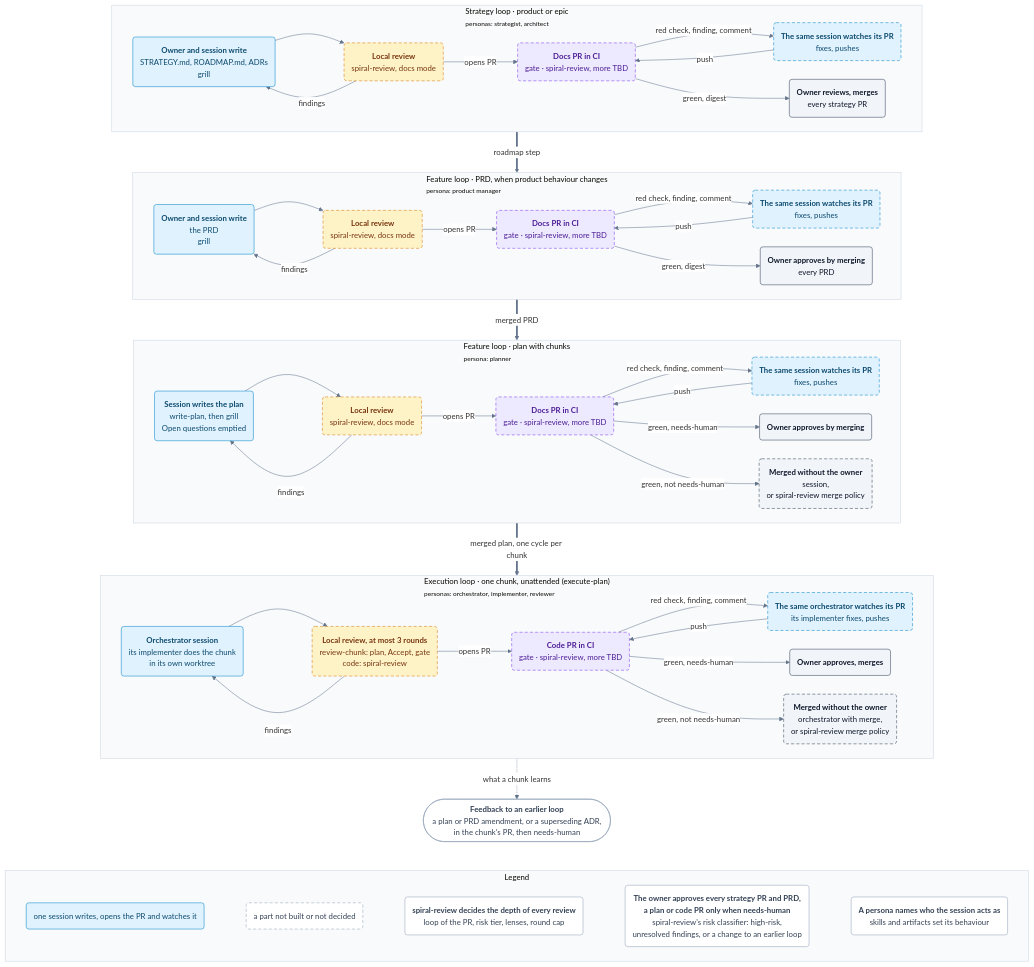
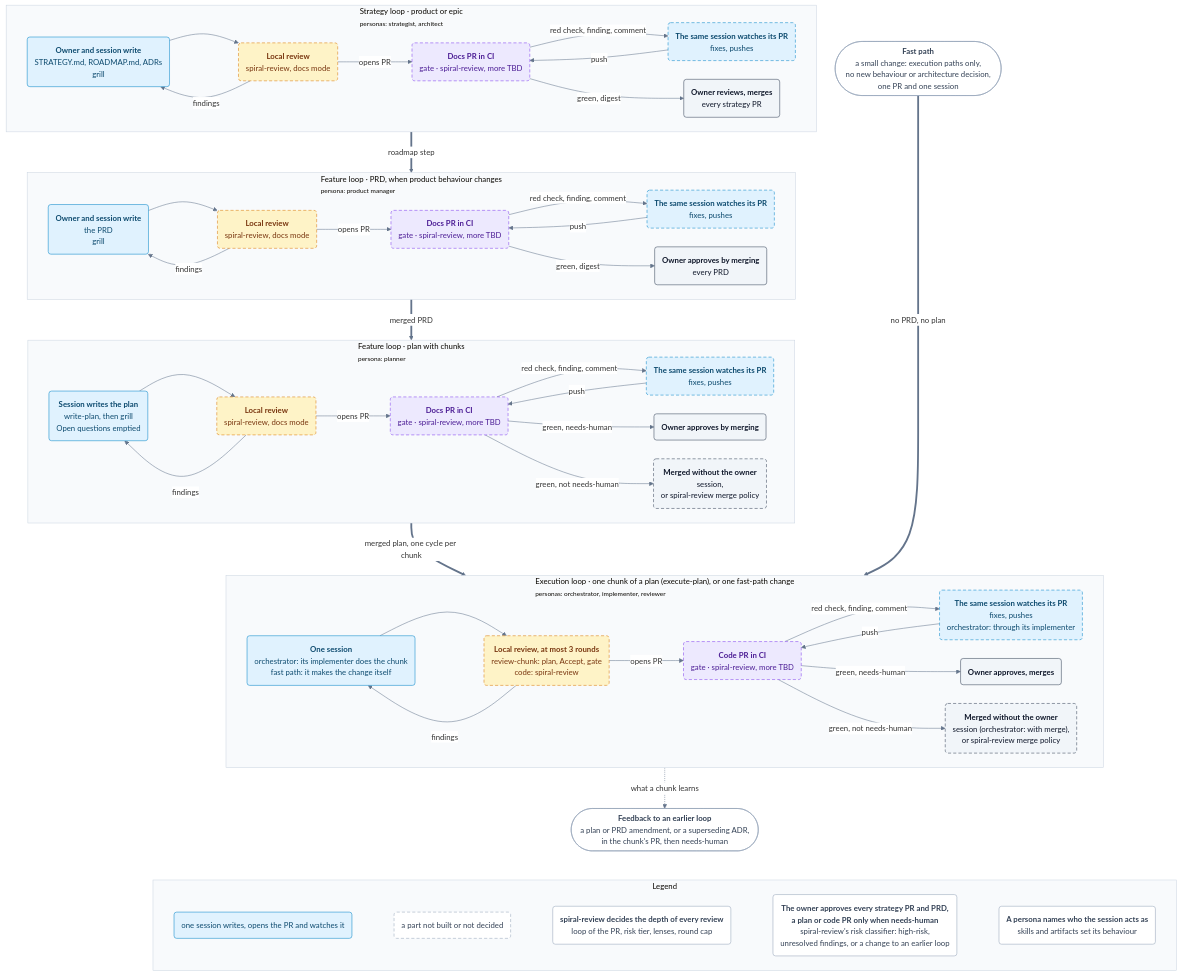
The diagram in docs/models/development_process.mmd (lucadallavalle/agentfiles), drawn with Mermaid before and after one commit. The commit also changed 5 other files, not shown here.

First line of the commit message:
docs: add the fast path

```diff
--- a/docs/models/development_process.mmd
+++ b/docs/models/development_process.mmd
@@ -1,119 +1,121 @@
 ---
 config:
   layout: dagre
   theme: base
   fontFamily: "Helvetica, Arial, sans-serif"
   themeVariables:
     fontFamily: "Helvetica, Arial, sans-serif"
     fontSize: 15px
     lineColor: "#64748b"
     textColor: "#0f172a"
     clusterBkg: "#f8fafc"
     clusterBorder: "#cbd5e1"
     edgeLabelBackground: "#ffffff"
   flowchart:
     curve: basis
     nodeSpacing: 36
     rankSpacing: 56
     wrappingWidth: 420
     padding: 14
   themeCSS: ".cluster-label { font-weight: 600; } .cluster-label small { font-weight: 400; } .edgeLabel { font-size: 13px; color: #475569; }"
 ---
 %% Proposed model of docs/documentation/development_process.md: every PR of every loop runs the same cycle.
 %% Render: pnpm dlx @mermaid-js/mermaid-cli@11 -i docs/models/development_process.mmd -o docs/models/development_process.png -b white -s 2
 flowchart TB
     subgraph S["Strategy loop · product or epic<br/><small>personas: strategist, architect</small>"]
         direction LR
         SW("<b>Owner and session write</b><br/>STRATEGY.md, ROADMAP.md, ADRs<br/>grill")
         SL("<b>Local review</b><br/>spiral-review, docs mode")
         SC("<b>Docs PR in CI</b><br/>gate · spiral-review, more TBD")
         SB("<b>The same session watches its PR</b><br/>fixes, pushes")
         SM("<b>Owner reviews, merges</b><br/>every strategy PR")
         SW --> SL
         SL -- findings --> SW
         SL -- opens PR --> SC
         SC -- "red check, finding, comment" --> SB
         SB -- push --> SC
         SC -- "green, digest" --> SM
     end
 
     subgraph P["Feature loop · PRD, when product behaviour changes<br/><small>persona: product manager</small>"]
         direction LR
         PW("<b>Owner and session write</b><br/>the PRD<br/>grill")
         PL("<b>Local review</b><br/>spiral-review, docs mode")
         PC("<b>Docs PR in CI</b><br/>gate · spiral-review, more TBD")
         PB("<b>The same session watches its PR</b><br/>fixes, pushes")
         PM("<b>Owner approves by merging</b><br/>every PRD")
         PW --> PL
         PL -- findings --> PW
         PL -- opens PR --> PC
         PC -- "red check, finding, comment" --> PB
         PB -- push --> PC
         PC -- "green, digest" --> PM
     end
 
     subgraph L["Feature loop · plan with chunks<br/><small>persona: planner</small>"]
         direction LR
         LW("<b>Session writes the plan</b><br/>write-plan, then grill<br/>Open questions emptied")
         LL("<b>Local review</b><br/>spiral-review, docs mode")
         LC("<b>Docs PR in CI</b><br/>gate · spiral-review, more TBD")
         LB("<b>The same session watches its PR</b><br/>fixes, pushes")
         LM("<b>Owner approves by merging</b>")
         LA("<b>Merged without the owner</b><br/>session,<br/>or spiral-review merge policy")
         LW --> LL
         LL -- findings --> LW
         LL -- opens PR --> LC
         LC -- "red check, finding, comment" --> LB
         LB -- push --> LC
         LC -- "green, needs-human" --> LM
         LC -- "green, not needs-human" --> LA
     end
 
-    subgraph E["Execution loop · one chunk, unattended (execute-plan)<br/><small>personas: orchestrator, implementer, reviewer</small>"]
+    subgraph E["Execution loop · one chunk of a plan (execute-plan), or one fast-path change<br/><small>personas: orchestrator, implementer, reviewer</small>"]
         direction LR
-        EW("<b>Orchestrator session</b><br/>its implementer does the chunk<br/>in its own worktree")
+        EW("<b>One session</b><br/>orchestrator: its implementer does the chunk<br/>fast path: it makes the change itself")
         EL("<b>Local review, at most 3 rounds</b><br/>review-chunk: plan, Accept, gate<br/>code: spiral-review")
         EC("<b>Code PR in CI</b><br/>gate · spiral-review, more TBD")
-        EB("<b>The same orchestrator watches its PR</b><br/>its implementer fixes, pushes")
+        EB("<b>The same session watches its PR</b><br/>fixes, pushes<br/>orchestrator: through its implementer")
         EM("<b>Owner approves, merges</b>")
-        EA("<b>Merged without the owner</b><br/>orchestrator with merge,<br/>or spiral-review merge policy")
+        EA("<b>Merged without the owner</b><br/>session (orchestrator: with merge),<br/>or spiral-review merge policy")
         EW --> EL
         EL -- findings --> EW
         EL -- opens PR --> EC
         EC -- "red check, finding, comment" --> EB
         EB -- push --> EC
         EC -- "green, needs-human" --> EM
         EC -- "green, not needs-human" --> EA
     end
 
     S == "roadmap step" ==> P
     P == "merged PRD" ==> L
     L == "merged plan, one cycle per chunk" ==> E
+    FAST(["<b>Fast path</b><br/>a small change: execution paths only,<br/>no new behaviour or architecture decision,<br/>one PR and one session"])
+    FAST == "no PRD, no plan" ====> E
     FB(["<b>Feedback to an earlier loop</b><br/>a plan or PRD amendment, or a superseding ADR,<br/>in the chunk's PR, then needs-human"])
     %% A note, not edges back to S and L: mermaid then lays the loops out of order.
     E -. "what a chunk learns" .-> FB
 
     subgraph K["Legend"]
         direction LR
         K1("one session writes, opens the PR and watches it")
         K2("a part not built or not decided")
         K3("<b>spiral-review decides the depth of every review</b><br/>loop of the PR, risk tier, lenses, round cap")
         K5("<b>The owner approves every strategy PR and PRD,<br/>a plan or code PR only when needs-human</b><br/>spiral-review's risk classifier: high-risk,<br/>unresolved findings, or a change to an earlier loop")
         K4("<b>A persona names who the session acts as</b><br/>skills and artifacts set its behaviour")
         K1 ~~~ K2 ~~~ K3 ~~~ K5 ~~~ K4
     end
     FB ~~~ K
 
     classDef write fill:#e0f2fe,stroke:#0284c7,color:#0c4a6e
     classDef review fill:#fef3c7,stroke:#d97706,color:#78350f
     classDef ci fill:#ede9fe,stroke:#7c3aed,color:#4c1d95
     classDef merge fill:#f1f5f9,stroke:#334155,color:#0f172a
     classDef note fill:#ffffff,stroke:#94a3b8,color:#334155
     classDef open stroke-dasharray: 6 4
     class SW,PW,LW,EW,SB,PB,LB,EB,K1 write
     class SL,PL,LL,EL review
     class SC,PC,LC,EC ci
     class SM,PM,LM,EM,LA,EA merge
-    class FB,K2,K3,K4,K5 note
+    class FB,FAST,K2,K3,K4,K5 note
     class K2 open
     class SL,PL,LL,EL,SC,PC,LC,EC,SB,PB,LB,EB,LA,EA open
```
